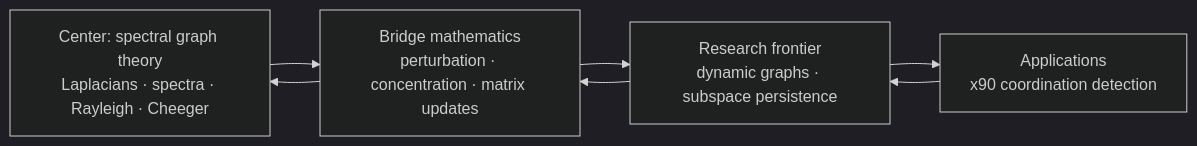
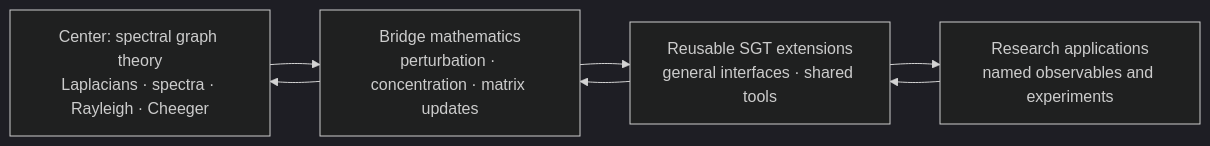
Before and after one commit to marcospolanco/SpectraLean: the diagram in README.md, drawn with Mermaid (dark theme). The commit also changed other lines of this file and 28 other files, not shown here.

````diff
--- a/README.md
+++ b/README.md
@@ -35,12 +40,12 @@
 ```mermaid
 flowchart LR
     C["Center: spectral graph theory<br/>Laplacians · spectra · Rayleigh · Cheeger"]
     B["Bridge mathematics<br/>perturbation · concentration · matrix updates"]
-    F["Research frontier<br/>dynamic graphs · subspace persistence"]
-    A["Applications<br/>x90 coordination detection"]
+    F["Reusable SGT extensions<br/>general interfaces · shared tools"]
+    A["Research applications<br/>named observables and experiments"]
 
     C --> B --> F --> A
     B --> C
     F --> B
     A --> F
 ```
````
